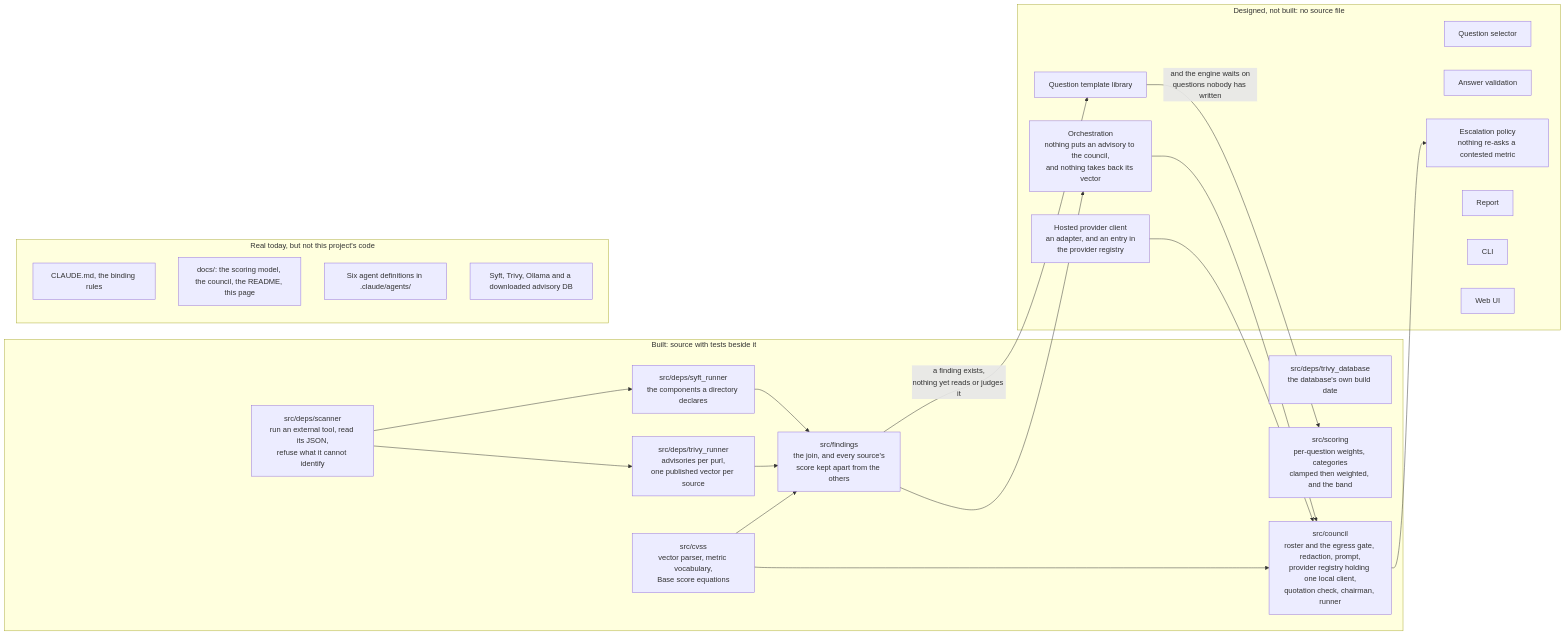
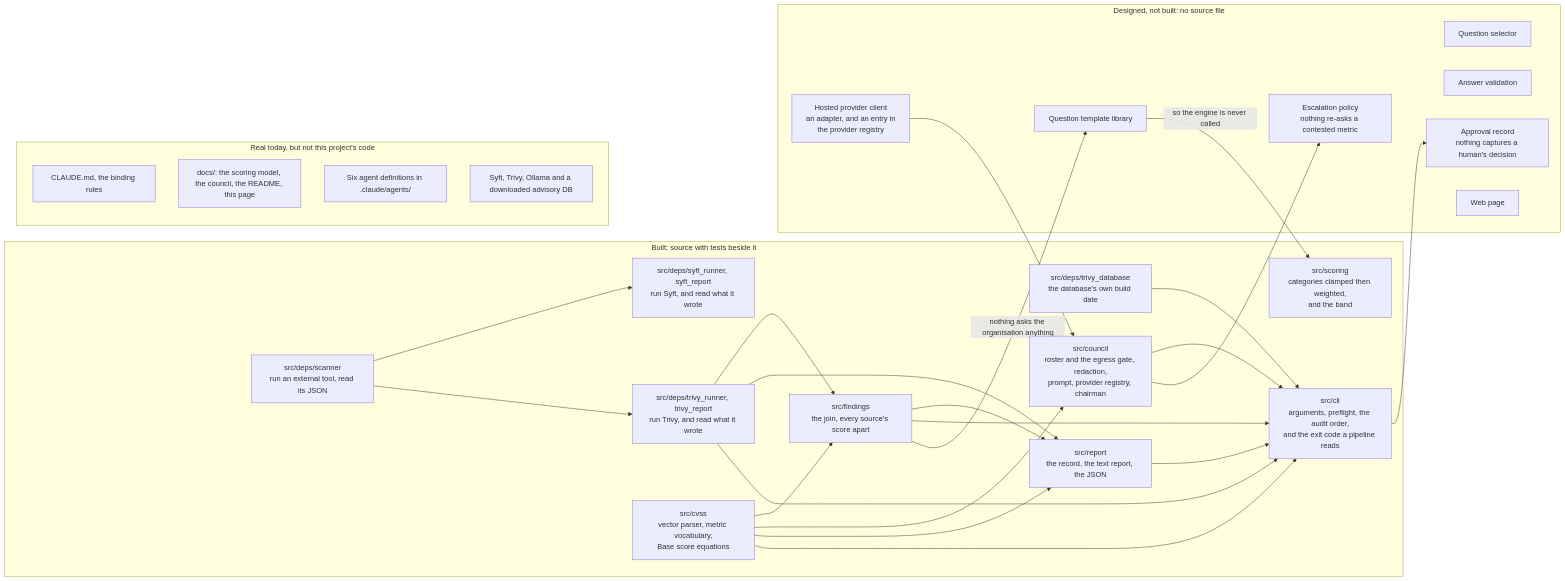
The fifth of 5 diagrams in docs/diagrams.md (heinthtnaung/AgenticLLMAppAuditor), drawn with Mermaid before and after one commit. The commit also changed other lines of this file and 2 other files, not shown here.

Commit message:
Document a tool that runs

````diff
--- a/docs/diagrams.md
+++ b/docs/diagrams.md
@@ -343,45 +361,52 @@
 ```mermaid
 flowchart LR
     subgraph BUILT["Built: source with tests beside it"]
-        b0["src/deps/scanner<br/>run an external tool, read its JSON,<br/>refuse what it cannot identify"]
-        b1["src/deps/syft_runner<br/>the components a directory declares"]
-        b2["src/deps/trivy_runner<br/>advisories per purl,<br/>one published vector per source"]
+        b0["src/deps/scanner<br/>run an external tool, read its JSON"]
+        b1["src/deps/syft_runner, syft_report<br/>run Syft, and read what it wrote"]
+        b2["src/deps/trivy_runner, trivy_report<br/>run Trivy, and read what it wrote"]
         b3["src/deps/trivy_database<br/>the database's own build date"]
         b4["src/cvss<br/>vector parser, metric vocabulary,<br/>Base score equations"]
-        b5["src/findings<br/>the join, and every source's<br/>score kept apart from the others"]
-        b6["src/scoring<br/>per-question weights, categories<br/>clamped then weighted, and the band"]
-        b7["src/council<br/>roster and the egress gate, redaction, prompt,<br/>provider registry holding one local client,<br/>quotation check, chairman, runner"]
+        b5["src/findings<br/>the join, every source's score apart"]
+        b7["src/council<br/>roster and the egress gate, redaction,<br/>prompt, provider registry, chairman"]
+        b8["src/report<br/>the record, the text report, the JSON"]
+        b9["src/cli<br/>arguments, preflight, the audit order,<br/>and the exit code a pipeline reads"]
+        b6["src/scoring<br/>categories clamped then weighted,<br/>and the band"]
         b0 --> b1
         b0 --> b2
-        b1 --> b5
         b2 --> b5
         b4 --> b5
         b4 --> b7
+        b2 --> b8
+        b4 --> b8
+        b5 --> b8
+        b2 --> b9
+        b3 --> b9
+        b4 --> b9
+        b5 --> b9
+        b7 --> b9
+        b8 --> b9
     end
 
     subgraph UNBUILT["Designed, not built: no source file"]
         d1["Question template library"]
         d2["Question selector"]
         d3["Answer validation"]
         d6["Hosted provider client<br/>an adapter, and an entry in<br/>the provider registry"]
-        d10["Orchestration<br/>nothing puts an advisory to the council,<br/>and nothing takes back its vector"]
         d11["Escalation policy<br/>nothing re-asks a contested metric"]
-        d7["Report"]
-        d8["CLI"]
-        d9["Web UI"]
+        d12["Approval record<br/>nothing captures a human's decision"]
+        d9["Web page"]
     end
 
-    b5 -- "a finding exists,<br/>nothing yet reads or judges it" --> d1
-    d1 -- "and the engine waits on<br/>questions nobody has written" --> b6
-    b5 --> d10
-    d10 --> b7
+    b5 -- "nothing asks the organisation anything" --> d1
+    d1 -- "so the engine is never called" --> b6
+    d6 --> b7
     b7 --> d11
-    d6 --> b7
+    b9 --> d12
 
     subgraph REAL["Real today, but not this project's code"]
         x1["CLAUDE.md, the binding rules"]
         x2["docs/: the scoring model, the council, the README, this page"]
         x3["Six agent definitions in .claude/agents/"]
         x4["Syft, Trivy, Ollama and a downloaded advisory DB"]
     end
 ```
````
